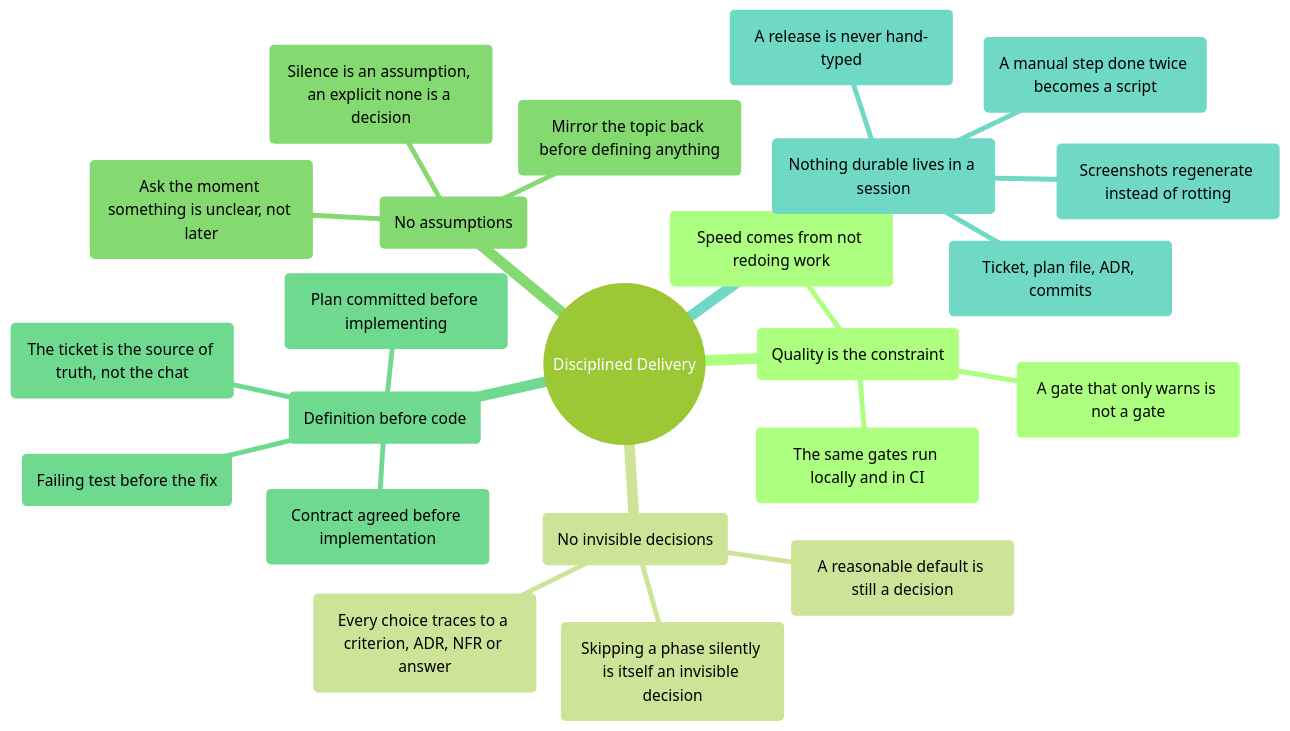
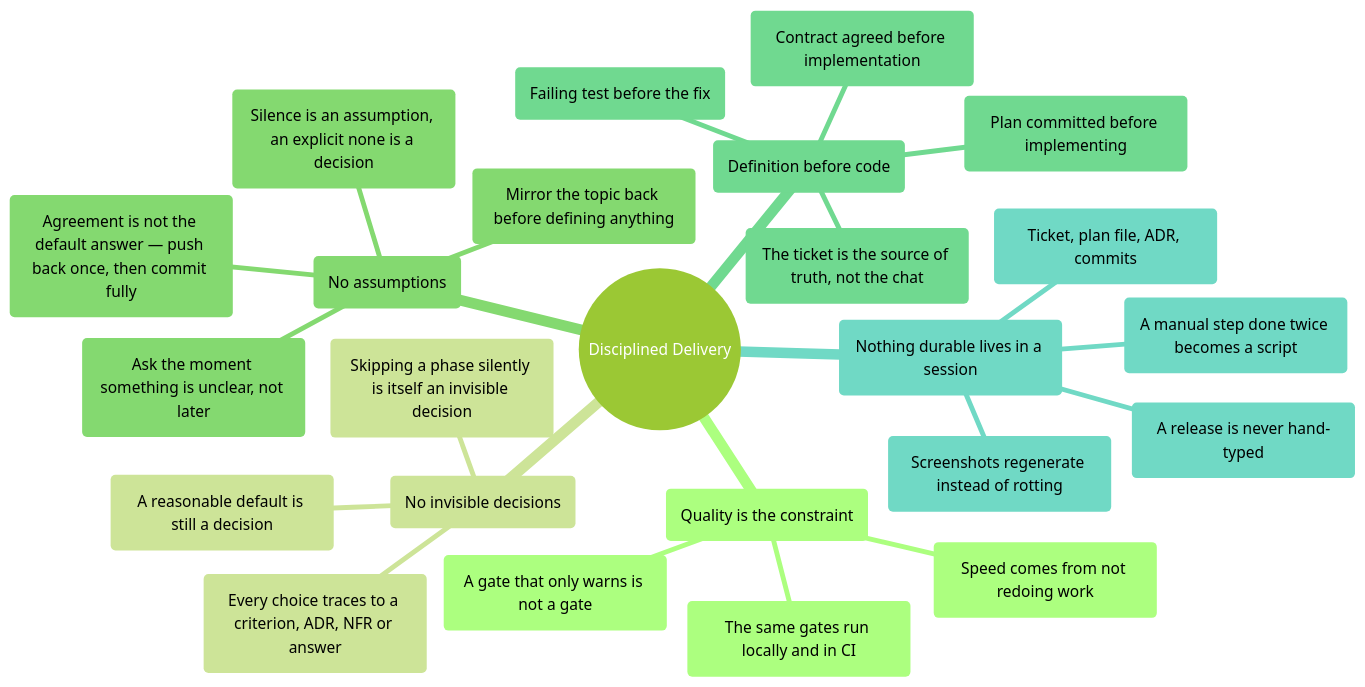
One commit to os890/skill_disciplined-delivery changed the tenth of 10 diagrams in docs/delivery-flow.md. Above: the diagram before and after it, drawn with Mermaid (forest theme). The commit also changed other lines of this file and 14 other files, not shown here.

````diff
--- a/docs/delivery-flow.md
+++ b/docs/delivery-flow.md
@@ -316,26 +345,27 @@
 ```mermaid
 mindmap
   root(("Disciplined Delivery"))
     ("Quality is the constraint")
       ("Speed comes from not redoing work")
       ("A gate that only warns is not a gate")
       ("The same gates run locally and in CI")
     ("No invisible decisions")
       ("Every choice traces to a criterion, ADR, NFR or answer")
       ("A reasonable default is still a decision")
       ("Skipping a phase silently is itself an invisible decision")
     ("No assumptions")
       ("Ask the moment something is unclear, not later")
       ("Mirror the topic back before defining anything")
       ("Silence is an assumption, an explicit none is a decision")
+      ("Agreement is not the default answer — push back once, then commit fully")
     ("Definition before code")
       ("The ticket is the source of truth, not the chat")
       ("Plan committed before implementing")
       ("Contract agreed before implementation")
       ("Failing test before the fix")
     ("Nothing durable lives in a session")
       ("Ticket, plan file, ADR, commits")
       ("A manual step done twice becomes a script")
       ("A release is never hand-typed")
       ("Screenshots regenerate instead of rotting")
 ```
````
